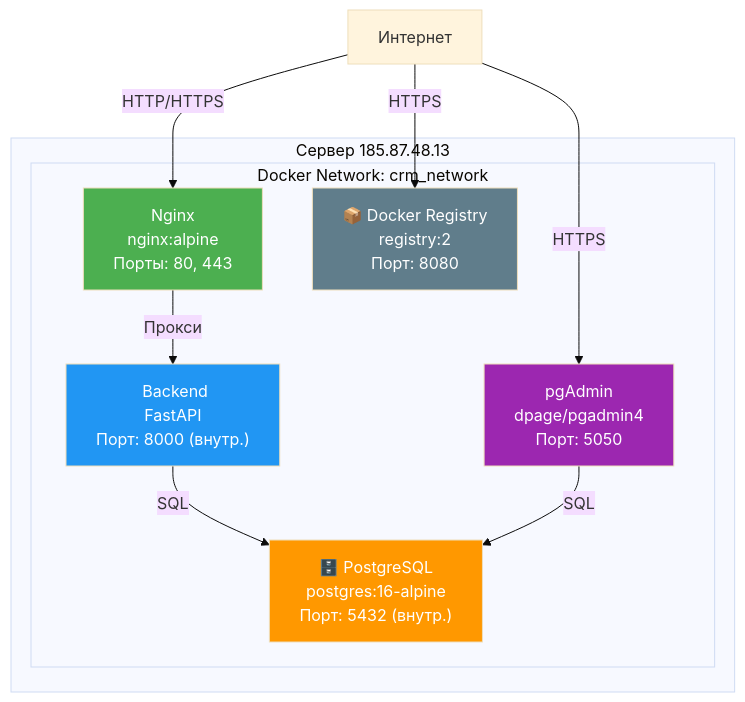
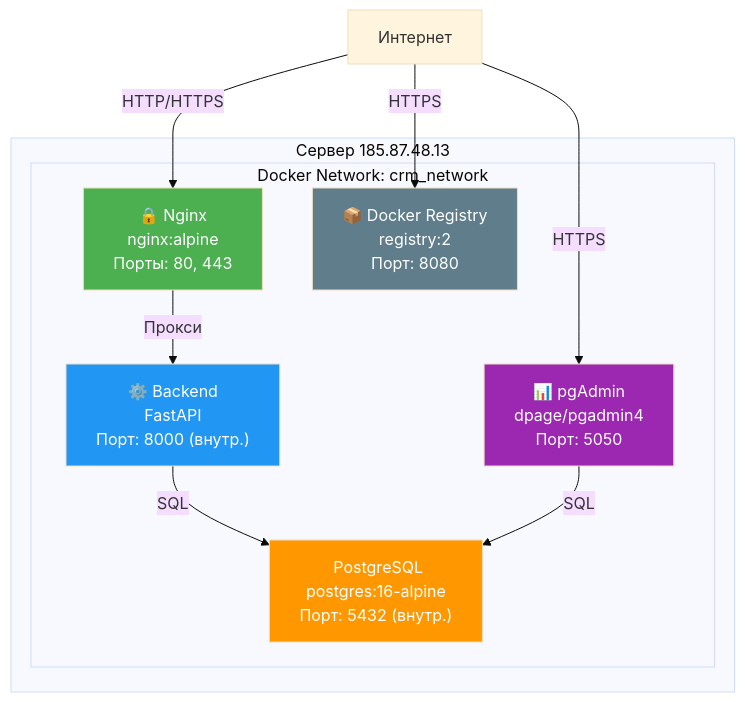
Before and after one commit to MatveiV/OrdersCRM: the second of 4 diagrams in backend/README.md, drawn with Mermaid (base theme). The commit also changed other lines of this file, not shown here.

Commit message:
docs: update README with new backend structure and API docs

````diff
--- a/backend/README.md
+++ b/backend/README.md
@@ -27,26 +27,26 @@
 ```mermaid
 graph TB
     subgraph "Сервер 185.87.48.13"
         subgraph "Docker Network: crm_network"
-            Nginx[" Nginx<br/>nginx:alpine<br/>Порты: 80, 443"]
-            Backend["️ Backend<br/>FastAPI<br/>Порт: 8000 (внутр.)"]
-            Postgres["🗄️ PostgreSQL<br/>postgres:16-alpine<br/>Порт: 5432 (внутр.)"]
-            pgAdmin[" pgAdmin<br/>dpage/pgadmin4<br/>Порт: 5050"]
+            Nginx["🔒 Nginx<br/>nginx:alpine<br/>Порты: 80, 443"]
+            Backend["⚙️ Backend<br/>FastAPI<br/>Порт: 8000 (внутр.)"]
+            Postgres["️ PostgreSQL<br/>postgres:16-alpine<br/>Порт: 5432 (внутр.)"]
+            pgAdmin["📊 pgAdmin<br/>dpage/pgadmin4<br/>Порт: 5050"]
             Registry["📦 Docker Registry<br/>registry:2<br/>Порт: 8080"]
         end
     end
     
     Internet[" Интернет"] -->|HTTP/HTTPS| Nginx
     Internet -->|HTTPS| pgAdmin
     Internet -->|HTTPS| Registry
     
     Nginx -->|Прокси| Backend
     Backend -->|SQL| Postgres
     pgAdmin -->|SQL| Postgres
     
     style Nginx fill:#4CAF50,color:#fff
     style Backend fill:#2196F3,color:#fff
     style Postgres fill:#FF9800,color:#fff
     style pgAdmin fill:#9C27B0,color:#fff
     style Registry fill:#607D8B,color:#fff
 ```
````
